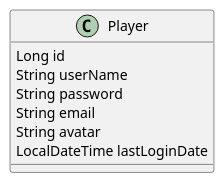
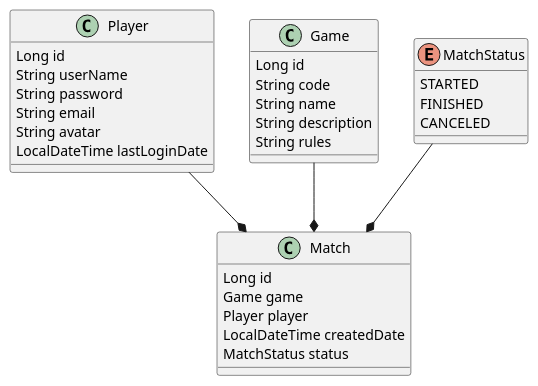
One commit to LeoLuiten/presentation changed the diagram in docs/diagrams/model/model.puml. Above: the diagram before and after it, drawn with PlantUML. The commit also changed 9 other files, not shown here.

```diff
--- a/docs/diagrams/model/model.puml
+++ b/docs/diagrams/model/model.puml
@@ -1,12 +1,38 @@
 @startuml
 
 class Player {
     Long id
     String userName
     String password
     String email
     String avatar
     LocalDateTime lastLoginDate
 }
 
+class Game {
+    Long id
+    String code
+    String name
+    String description
+    String rules
+}
+
+class Match {
+    Long id
+    Game game
+    Player player
+    LocalDateTime createdDate
+    MatchStatus status
+}
+
+enum MatchStatus {
+    STARTED
+    FINISHED
+    CANCELED
+}
+
+MatchStatus --* Match
+Game --* Match
+Player --* Match
+
 @enduml
```
